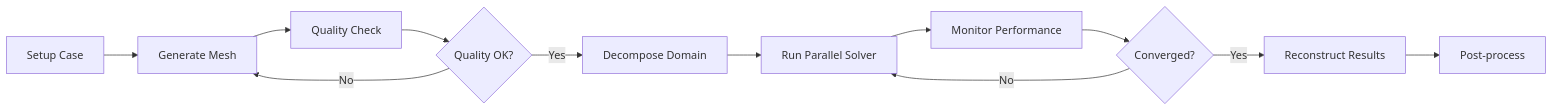
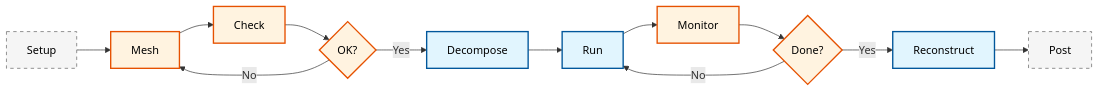
Before and after one commit to wramet/build-my-cfd: the first of 2 diagrams in MODULE_07_UTILITIES_AUTOMATION/CONTENT/06_PARALLEL_COMPUTING/00_Overview.md, drawn with Mermaid. The commit also changed other lines of this file and 313 other files, not shown here.

Commit message:
Revise all diagram

````diff
--- a/MODULE_07_UTILITIES_AUTOMATION/CONTENT/06_PARALLEL_COMPUTING/00_Overview.md
+++ b/MODULE_07_UTILITIES_AUTOMATION/CONTENT/06_PARALLEL_COMPUTING/00_Overview.md
@@ -1069,14 +1069,17 @@
 ```mermaid
 flowchart LR
-    A["Setup Case"] --> B["Generate Mesh"]
-    B --> C["Quality Check"]
-    C --> D{Quality OK?}
-    D -->|No| B
-    D -->|Yes| E["Decompose Domain"]
-    E --> F["Run Parallel Solver"]
-    F --> G["Monitor Performance"]
-    G --> H{Converged?}
-    H -->|No| F
-    H -->|Yes| I["Reconstruct Results"]
-    I --> J["Post-process"]
+classDef implicit fill:#e1f5fe,stroke:#01579b,stroke-width:2px,color:#000
+classDef explicit fill:#fff3e0,stroke:#e65100,stroke-width:2px,color:#000
+classDef context fill:#f5f5f5,stroke:#616161,stroke-width:1px,color:#000,stroke-dasharray: 5 5
+A[Setup]:::context --> B[Mesh]:::explicit
+B --> C[Check]:::explicit
+C --> D{OK?}:::explicit
+D -->|No| B
+D -->|Yes| E[Decompose]:::implicit
+E --> F[Run]:::implicit
+F --> G[Monitor]:::explicit
+G --> H{Done?}:::explicit
+H -->|No| F
+H -->|Yes| I[Reconstruct]:::implicit
+I --> J[Post]:::context
 ```
````
